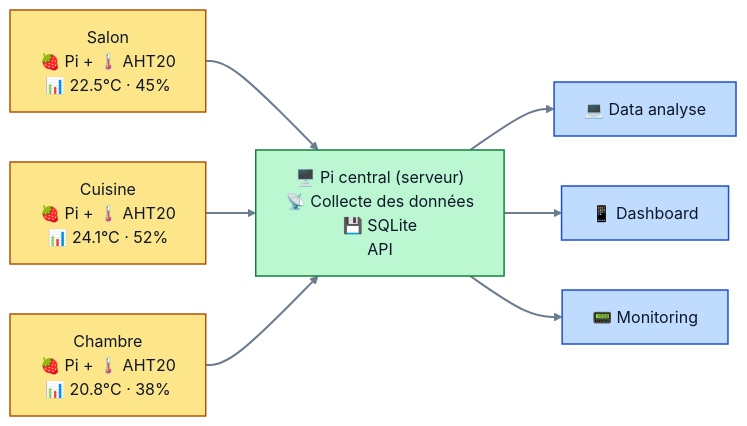
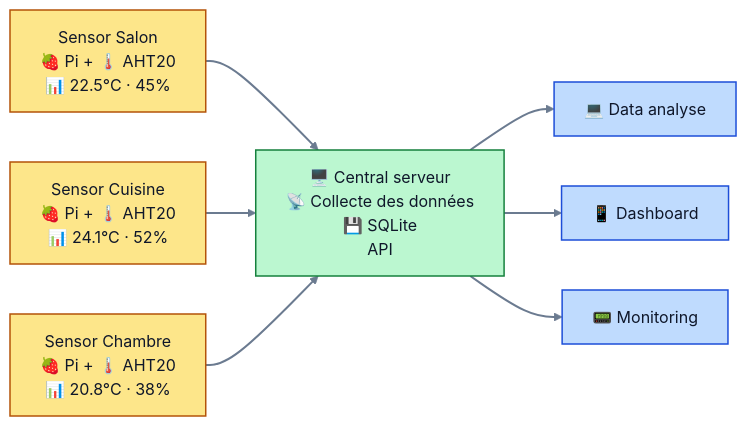
One commit to laurent987/techtemp changed the diagram in docs/USER/README.md. Above: the diagram before and after it, drawn with Mermaid. The commit also changed other lines of this file and 11 other files, not shown here.

````diff
--- a/docs/USER/README.md
+++ b/docs/USER/README.md
@@ -15,40 +30,40 @@
 ```mermaid
 %%{
   init: {
     "theme": "base",
     "themeVariables": {
       "fontFamily": "Inter, Segoe UI, Roboto, Arial, sans-serif",
       "primaryColor": "#BFDBFE",
       "primaryBorderColor": "#1F2937",
       "primaryTextColor": "#0F172A",
       "lineColor": "#64748B",
       "tertiaryColor": "#F1F5F9"
     }
   }
 }%%
 flowchart LR
   linkStyle default stroke:#64748B,stroke-width:2px,opacity:0.95
 
   classDef sensor fill:#FDE68A,stroke:#B45309,stroke-width:1.5px,color:#0F172A
   classDef hub    fill:#BBF7D0,stroke:#15803D,stroke-width:1.5px,color:#0F172A
   classDef viewer fill:#BFDBFE,stroke:#1D4ED8,stroke-width:1.5px,color:#0F172A
 
-  A["Salon<br/>🍓 Pi + 🌡️ AHT20<br/>📊 22.5°C · 45%"]:::sensor
-  B["Cuisine<br/>🍓 Pi + 🌡️ AHT20<br/>📊 24.1°C · 52%"]:::sensor
-  C["Chambre<br/>🍓 Pi + 🌡️ AHT20<br/>📊 20.8°C · 38%"]:::sensor
+  A["Sensor Salon<br/>🍓 Pi + 🌡️ AHT20<br/>📊 22.5°C · 45%"]:::sensor
+  B["Sensor Cuisine<br/>🍓 Pi + 🌡️ AHT20<br/>📊 24.1°C · 52%"]:::sensor
+  C["Sensor Chambre<br/>🍓 Pi + 🌡️ AHT20<br/>📊 20.8°C · 38%"]:::sensor
 
-  D["🖥️ Pi central (serveur)<br/>📡 Collecte des données<br/>💾 SQLite<br/>API"]:::hub
+  D["🖥️ Central serveur<br/>📡 Collecte des données<br/>💾 SQLite<br/>API"]:::hub
 
   E["💻 Data analyse"]:::viewer
   F["📱 Dashboard"]:::viewer
   G["📟 Monitoring"]:::viewer
 
   A --> D
   B --> D
   C --> D
 
   D --> E
   D --> F
   D --> G
 
 ```
````
